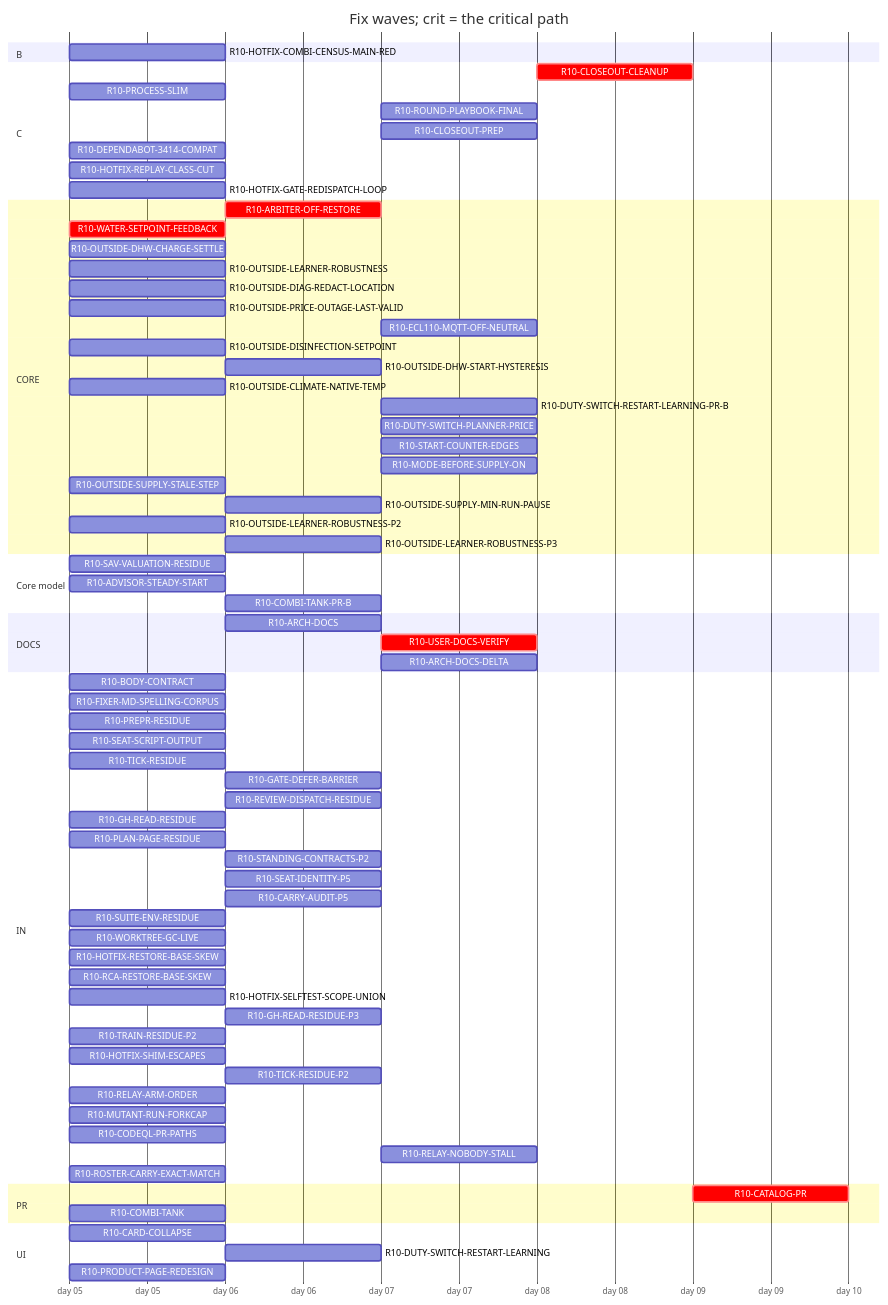
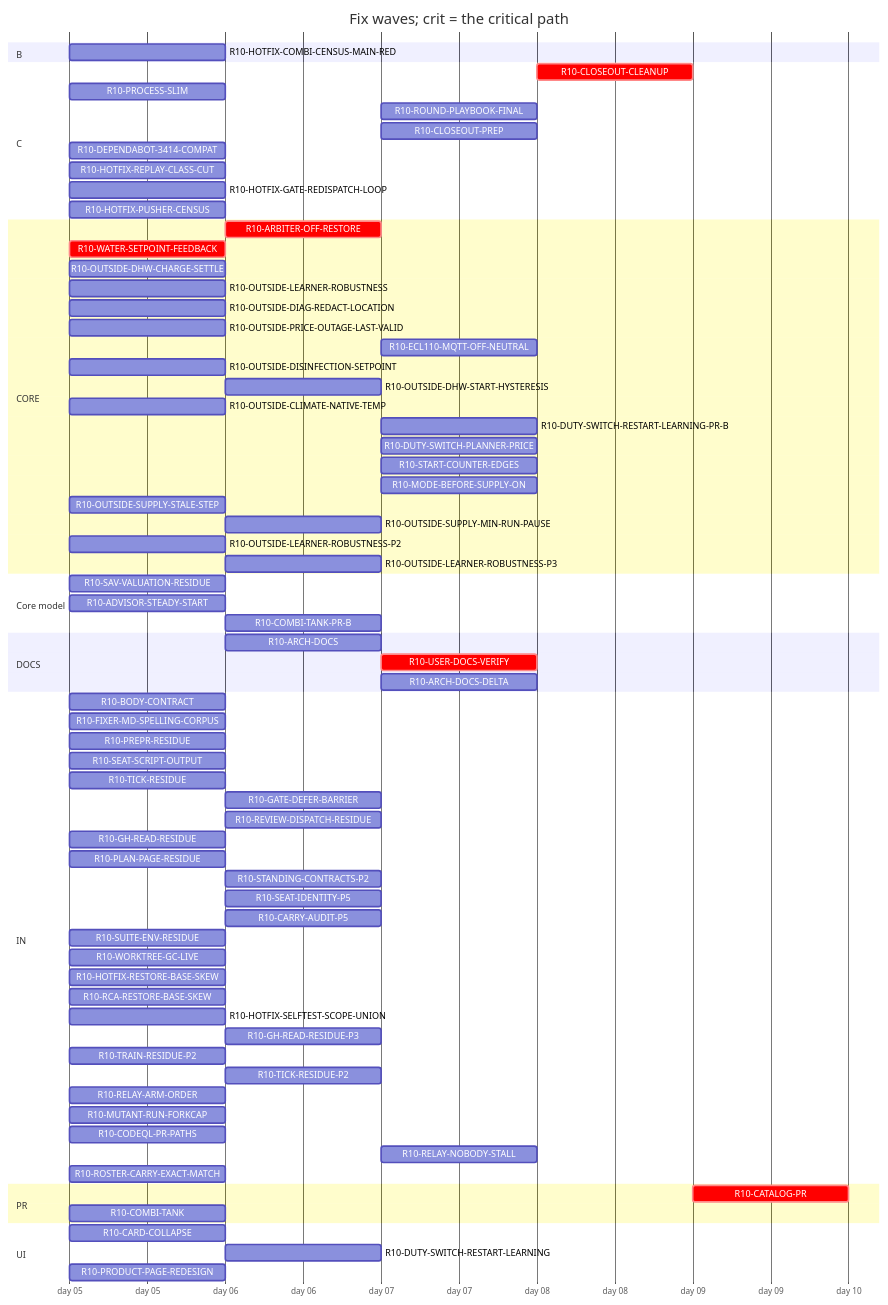
The diagram in handoff/round10/state/PLAN-TABLE.md (tvofi/heatpump_optimizer), drawn with Mermaid before and after one commit. The commit also changed other lines of this file and 3 other files, not shown here.

Commit message:
state: FLOW-BOARD.md, NEXT-SESSION-PROMPT.md, PLAN-TABLE.md, RESUME-CURRENT.md regenerated (state_docs.py)

````diff
--- a/handoff/round10/state/PLAN-TABLE.md
+++ b/handoff/round10/state/PLAN-TABLE.md
@@ -21,77 +21,77 @@
 ```mermaid
 gantt
   title Fix waves; crit = the critical path
   dateFormat YYYY-MM-DD
   axisFormat day %d
   section B
     R10-HOTFIX-COMBI-CENSUS-MAIN-RED :r10HOTFIXCOMBICENSUSMAINRED, 2026-01-05, 1d
   section C
     R10-CLOSEOUT-CLEANUP :crit, r10CLOSEOUTCLEANUP, after r10ARCHDOCS r10USERDOCSVERIFY r10ROUNDPLAYBOOKFINAL r10CLOSEOUTPREP r10ARCHDOCSDELTA, 1d
     R10-PROCESS-SLIM :r10PROCESSSLIM, 2026-01-05, 1d
     R10-ROUND-PLAYBOOK-FINAL :r10ROUNDPLAYBOOKFINAL, after r10BODYCONTRACT r10PROCESSSLIM r10FIXERMDSPELLINGCORPUS r10PREPRRESIDUE r10SEATSCRIPTOUTPUT r10REVIEWDISPATCHRESIDUE r10CARRYAUDITP5 r10TICKRESIDUE r10SEATIDENTITYP5 r10STANDINGCONTRACTSP2 r10PLANPAGERESIDUE r10GHREADRESIDUE r10SUITEENVRESIDUE r10GATEDEFERBARRIER r10WORKTREEGCLIVE, 1d
     R10-CLOSEOUT-PREP :r10CLOSEOUTPREP, after r10ARCHDOCS r10BODYCONTRACT r10PROCESSSLIM r10FIXERMDSPELLINGCORPUS r10PREPRRESIDUE r10SEATSCRIPTOUTPUT r10REVIEWDISPATCHRESIDUE r10CARRYAUDITP5 r10TICKRESIDUE r10SEATIDENTITYP5 r10STANDINGCONTRACTSP2 r10PLANPAGERESIDUE r10GHREADRESIDUE r10SUITEENVRESIDUE r10GATEDEFERBARRIER r10WORKTREEGCLIVE, 1d
     R10-DEPENDABOT-3414-COMPAT :r10DEPENDABOT3414COMPAT, 2026-01-05, 1d
     R10-HOTFIX-REPLAY-CLASS-CUT :r10HOTFIXREPLAYCLASSCUT, 2026-01-05, 1d
     R10-HOTFIX-GATE-REDISPATCH-LOOP :r10HOTFIXGATEREDISPATCHLOOP, 2026-01-05, 1d
+    R10-HOTFIX-PUSHER-CENSUS :r10HOTFIXPUSHERCENSUS, 2026-01-05, 1d
   section CORE
     R10-ARBITER-OFF-RESTORE :crit, r10ARBITEROFFRESTORE, after r10WATERSETPOINTFEEDBACK, 1d
     R10-WATER-SETPOINT-FEEDBACK :crit, r10WATERSETPOINTFEEDBACK, 2026-01-05, 1d
     R10-OUTSIDE-DHW-CHARGE-SETTLE :r10OUTSIDEDHWCHARGESETTLE, 2026-01-05, 1d
     R10-OUTSIDE-LEARNER-ROBUSTNESS :r10OUTSIDELEARNERROBUSTNESS, 2026-01-05, 1d
     R10-OUTSIDE-DIAG-REDACT-LOCATION :r10OUTSIDEDIAGREDACTLOCATION, 2026-01-05, 1d
     R10-OUTSIDE-PRICE-OUTAGE-LAST-VALID :r10OUTSIDEPRICEOUTAGELASTVALID, 2026-01-05, 1d
     R10-ECL110-MQTT-OFF-NEUTRAL :r10ECL110MQTTOFFNEUTRAL, after r10ARBITEROFFRESTORE, 1d
     R10-OUTSIDE-DISINFECTION-SETPOINT :r10OUTSIDEDISINFECTIONSETPOINT, 2026-01-05, 1d
     R10-OUTSIDE-DHW-START-HYSTERESIS :r10OUTSIDEDHWSTARTHYSTERESIS, after r10OUTSIDEDISINFECTIONSETPOINT, 1d
     R10-OUTSIDE-CLIMATE-NATIVE-TEMP :r10OUTSIDECLIMATENATIVETEMP, 2026-01-05, 1d
     R10-DUTY-SWITCH-RESTART-LEARNING-PR-B :r10DUTYSWITCHRESTARTLEARNINGPRB, after r10DUTYSWITCHRESTARTLEARNING, 1d
     R10-DUTY-SWITCH-PLANNER-PRICE :r10DUTYSWITCHPLANNERPRICE, after r10DUTYSWITCHRESTARTLEARNING, 1d
     R10-START-COUNTER-EDGES :r10STARTCOUNTEREDGES, after r10DUTYSWITCHRESTARTLEARNING, 1d
     R10-MODE-BEFORE-SUPPLY-ON :r10MODEBEFORESUPPLYON, after r10DUTYSWITCHRESTARTLEARNING, 1d
     R10-OUTSIDE-SUPPLY-STALE-STEP :r10OUTSIDESUPPLYSTALESTEP, 2026-01-05, 1d
     R10-OUTSIDE-SUPPLY-MIN-RUN-PAUSE :r10OUTSIDESUPPLYMINRUNPAUSE, after r10OUTSIDESUPPLYSTALESTEP, 1d
     R10-OUTSIDE-LEARNER-ROBUSTNESS-P2 :r10OUTSIDELEARNERROBUSTNESSP2, 2026-01-05, 1d
     R10-OUTSIDE-LEARNER-ROBUSTNESS-P3 :r10OUTSIDELEARNERROBUSTNESSP3, after r10OUTSIDELEARNERROBUSTNESS r10OUTSIDELEARNERROBUSTNESSP2, 1d
   section Core model
     R10-SAV-VALUATION-RESIDUE :r10SAVVALUATIONRESIDUE, 2026-01-05, 1d
     R10-ADVISOR-STEADY-START :r10ADVISORSTEADYSTART, 2026-01-05, 1d
     R10-COMBI-TANK-PR-B :r10COMBITANKPRB, after r10COMBITANK, 1d
   section DOCS
     R10-ARCH-DOCS :r10ARCHDOCS, after r10BODYCONTRACT r10PROCESSSLIM, 1d
     R10-USER-DOCS-VERIFY :crit, r10USERDOCSVERIFY, after r10ARBITEROFFRESTORE r10COMBITANK r10PRODUCTPAGEREDESIGN, 1d
     R10-ARCH-DOCS-DELTA :r10ARCHDOCSDELTA, after r10ARCHDOCS r10ARBITEROFFRESTORE r10COMBITANK r10SAVVALUATIONRESIDUE r10ADVISORSTEADYSTART r10COMBITANKPRB, 1d
   section IN
     R10-BODY-CONTRACT :r10BODYCONTRACT, 2026-01-05, 1d
     R10-FIXER-MD-SPELLING-CORPUS :r10FIXERMDSPELLINGCORPUS, 2026-01-05, 1d
     R10-PREPR-RESIDUE :r10PREPRRESIDUE, 2026-01-05, 1d
     R10-SEAT-SCRIPT-OUTPUT :r10SEATSCRIPTOUTPUT, 2026-01-05, 1d
     R10-TICK-RESIDUE :r10TICKRESIDUE, 2026-01-05, 1d
     R10-GATE-DEFER-BARRIER :r10GATEDEFERBARRIER, after r10TICKRESIDUE, 1d
     R10-REVIEW-DISPATCH-RESIDUE :r10REVIEWDISPATCHRESIDUE, after r10PROCESSSLIM, 1d
     R10-GH-READ-RESIDUE :r10GHREADRESIDUE, 2026-01-05, 1d
     R10-PLAN-PAGE-RESIDUE :r10PLANPAGERESIDUE, 2026-01-05, 1d
     R10-STANDING-CONTRACTS-P2 :r10STANDINGCONTRACTSP2, after r10FIXERMDSPELLINGCORPUS, 1d
     R10-SEAT-IDENTITY-P5 :r10SEATIDENTITYP5, after r10TICKRESIDUE, 1d
     R10-CARRY-AUDIT-P5 :r10CARRYAUDITP5, after r10BODYCONTRACT, 1d
     R10-SUITE-ENV-RESIDUE :r10SUITEENVRESIDUE, 2026-01-05, 1d
     R10-WORKTREE-GC-LIVE :r10WORKTREEGCLIVE, 2026-01-05, 1d
     R10-HOTFIX-RESTORE-BASE-SKEW :r10HOTFIXRESTOREBASESKEW, 2026-01-05, 1d
     R10-RCA-RESTORE-BASE-SKEW :r10RCARESTOREBASESKEW, 2026-01-05, 1d
     R10-HOTFIX-SELFTEST-SCOPE-UNION :r10HOTFIXSELFTESTSCOPEUNION, 2026-01-05, 1d
     R10-GH-READ-RESIDUE-P3 :r10GHREADRESIDUEP3, after r10TICKRESIDUE r10GHREADRESIDUE, 1d
     R10-TRAIN-RESIDUE-P2 :r10TRAINRESIDUEP2, 2026-01-05, 1d
-    R10-HOTFIX-SHIM-ESCAPES :r10HOTFIXSHIMESCAPES, 2026-01-05, 1d
     R10-TICK-RESIDUE-P2 :r10TICKRESIDUEP2, after r10TICKRESIDUE, 1d
     R10-RELAY-ARM-ORDER :r10RELAYARMORDER, 2026-01-05, 1d
     R10-MUTANT-RUN-FORKCAP :r10MUTANTRUNFORKCAP, 2026-01-05, 1d
     R10-CODEQL-PR-PATHS :r10CODEQLPRPATHS, 2026-01-05, 1d
     R10-RELAY-NOBODY-STALL :r10RELAYNOBODYSTALL, after r10RELAYARMORDER r10REVIEWDISPATCHRESIDUE, 1d
     R10-ROSTER-CARRY-EXACT-MATCH :r10ROSTERCARRYEXACTMATCH, 2026-01-05, 1d
   section PR
     R10-CATALOG-PR :crit, r10CATALOGPR, after r10USERDOCSVERIFY r10ARCHDOCS r10ROUNDPLAYBOOKFINAL r10CLOSEOUTCLEANUP r10CLOSEOUTPREP r10ARCHDOCSDELTA, 1d
     R10-COMBI-TANK :r10COMBITANK, 2026-01-05, 1d
   section UI
     R10-CARD-COLLAPSE :r10CARDCOLLAPSE, 2026-01-05, 1d
     R10-DUTY-SWITCH-RESTART-LEARNING :r10DUTYSWITCHRESTARTLEARNING, after r10WATERSETPOINTFEEDBACK, 1d
     R10-PRODUCT-PAGE-REDESIGN :r10PRODUCTPAGEREDESIGN, 2026-01-05, 1d
 ```
````
